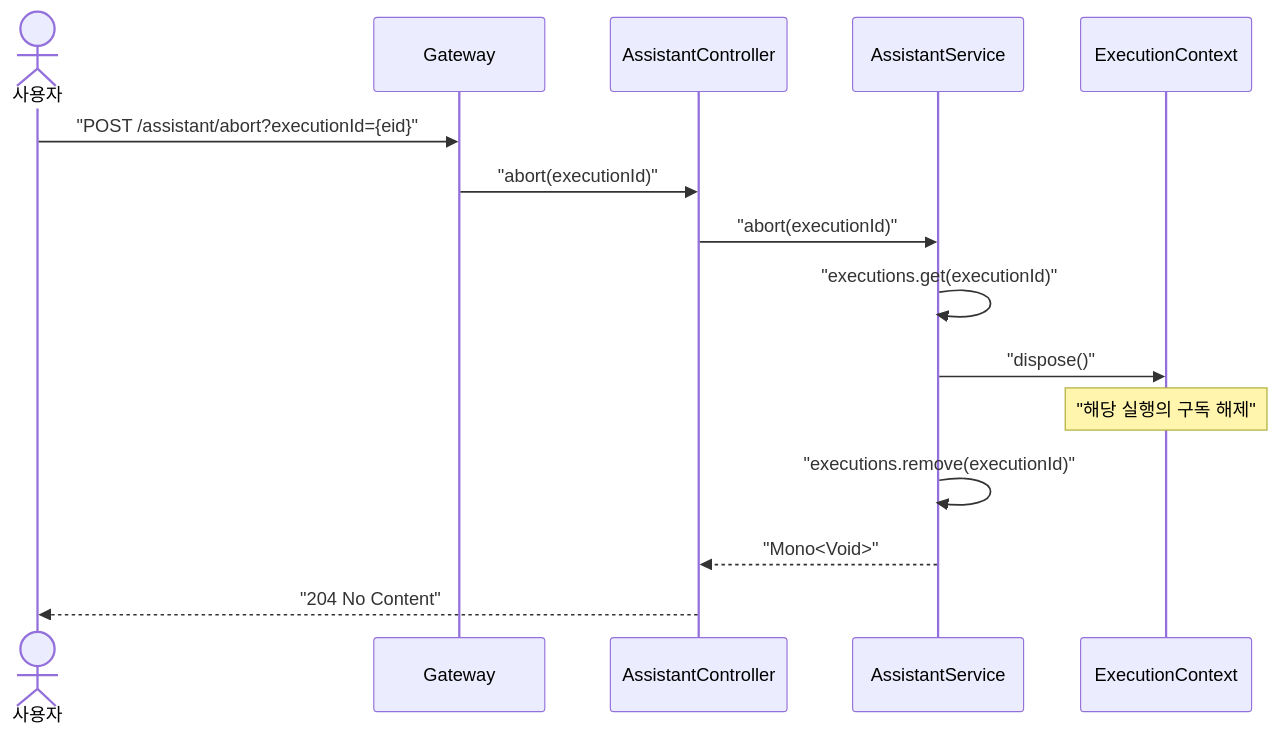
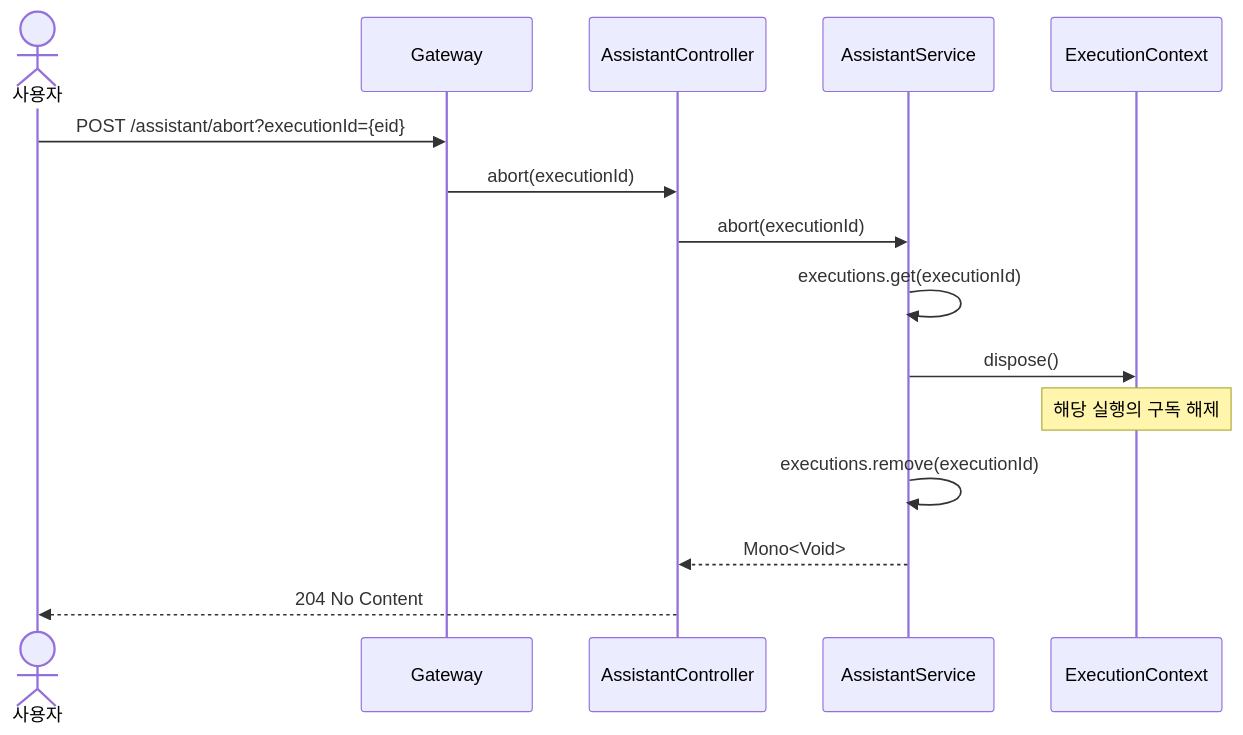
Before and after one commit to sayaya1090/handbook: the fourth of 13 diagrams in assistant/USECASE.md, drawn with Mermaid. The commit also changed other lines of this file and 58 other files, not shown here.

````diff
--- a/assistant/USECASE.md
+++ b/assistant/USECASE.md
@@ -126,18 +126,18 @@
 ```mermaid
 sequenceDiagram
     actor User as 사용자
     participant GW as Gateway
     participant Ctrl as AssistantController
     participant Svc as AssistantService
     participant Ctx as ExecutionContext
 
-    User->>GW: "POST /assistant/abort?executionId={eid}"
-    GW->>Ctrl: "abort(executionId)"
-    Ctrl->>Svc: "abort(executionId)"
-    Svc->>Svc: "executions.get(executionId)"
-    Svc->>Ctx: "dispose()"
-    Note over Ctx: "해당 실행의 구독 해제"
-    Svc->>Svc: "executions.remove(executionId)"
-    Svc-->>Ctrl: "Mono<Void>"
-    Ctrl-->>User: "204 No Content"
+    User->>GW: POST /assistant/abort?executionId={eid}
+    GW->>Ctrl: abort(executionId)
+    Ctrl->>Svc: abort(executionId)
+    Svc->>Svc: executions.get(executionId)
+    Svc->>Ctx: dispose()
+    Note over Ctx: 해당 실행의 구독 해제
+    Svc->>Svc: executions.remove(executionId)
+    Svc-->>Ctrl: Mono<Void>
+    Ctrl-->>User: 204 No Content
 ```
````
